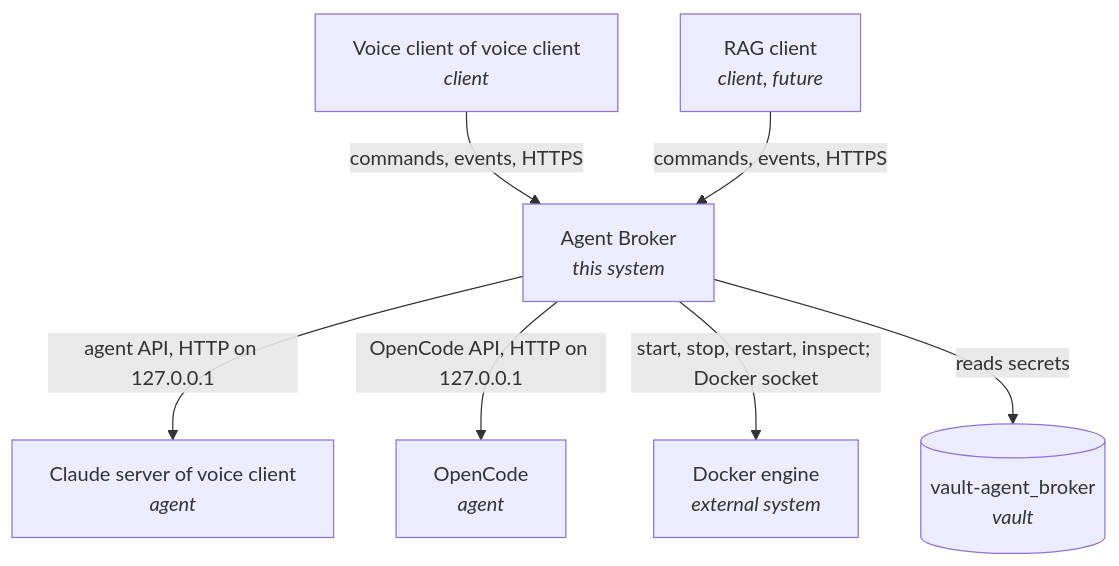
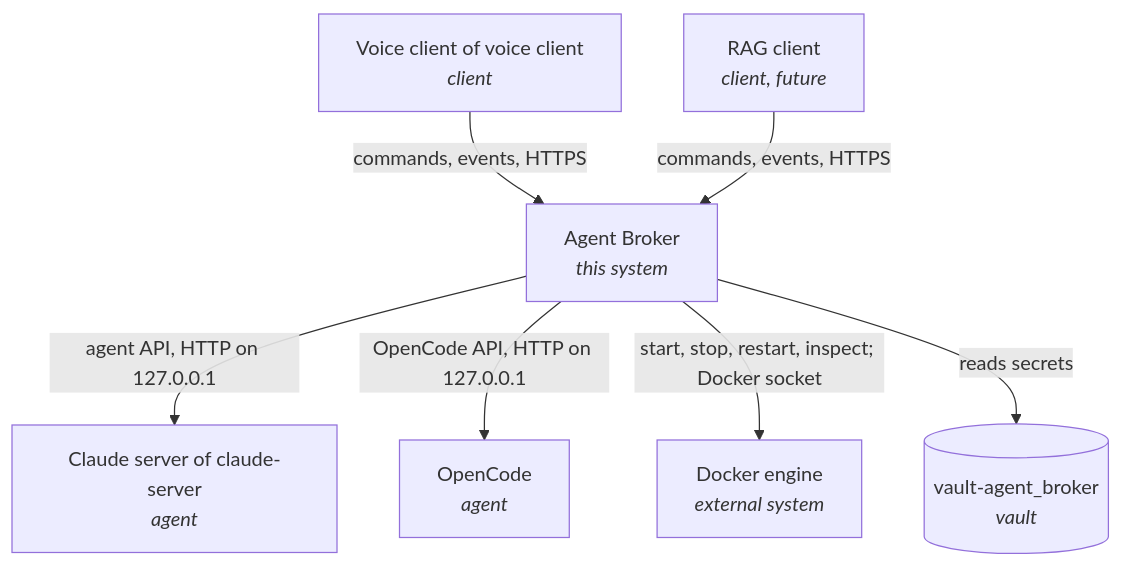
Before and after one commit to npstash/gustaw_agent_broker: the first of 5 diagrams in sdd/DESIGN.md, drawn with Mermaid. The commit also changed other lines of this file and 1 other file, not shown here.

Commit message:
SDD: new step 3 of ADR-20261115-service_split moves the Claude server to claude-server
This commit includes output generated by [Claude Opus 5.5]

````diff
--- a/sdd/DESIGN.md
+++ b/sdd/DESIGN.md
@@ -27,9 +27,9 @@
 ```mermaid
 flowchart TD
     C1[Voice client of voice client<br/><i>client</i>] -->|commands, events, HTTPS| B[Agent Broker<br/><i>this system</i>]
     C2[RAG client<br/><i>client, future</i>] -->|commands, events, HTTPS| B
-    B -->|agent API, HTTP on 127.0.0.1| A1[Claude server of voice client<br/><i>agent</i>]
+    B -->|agent API, HTTP on 127.0.0.1| A1[Claude server of claude-server<br/><i>agent</i>]
     B -->|OpenCode API, HTTP on 127.0.0.1| A2[OpenCode<br/><i>agent</i>]
     B -->|start, stop, restart, inspect; Docker socket| D[Docker engine<br/><i>external system</i>]
     B -->|reads secrets| V[(vault-agent_broker<br/><i>vault</i>)]
 ```
````
